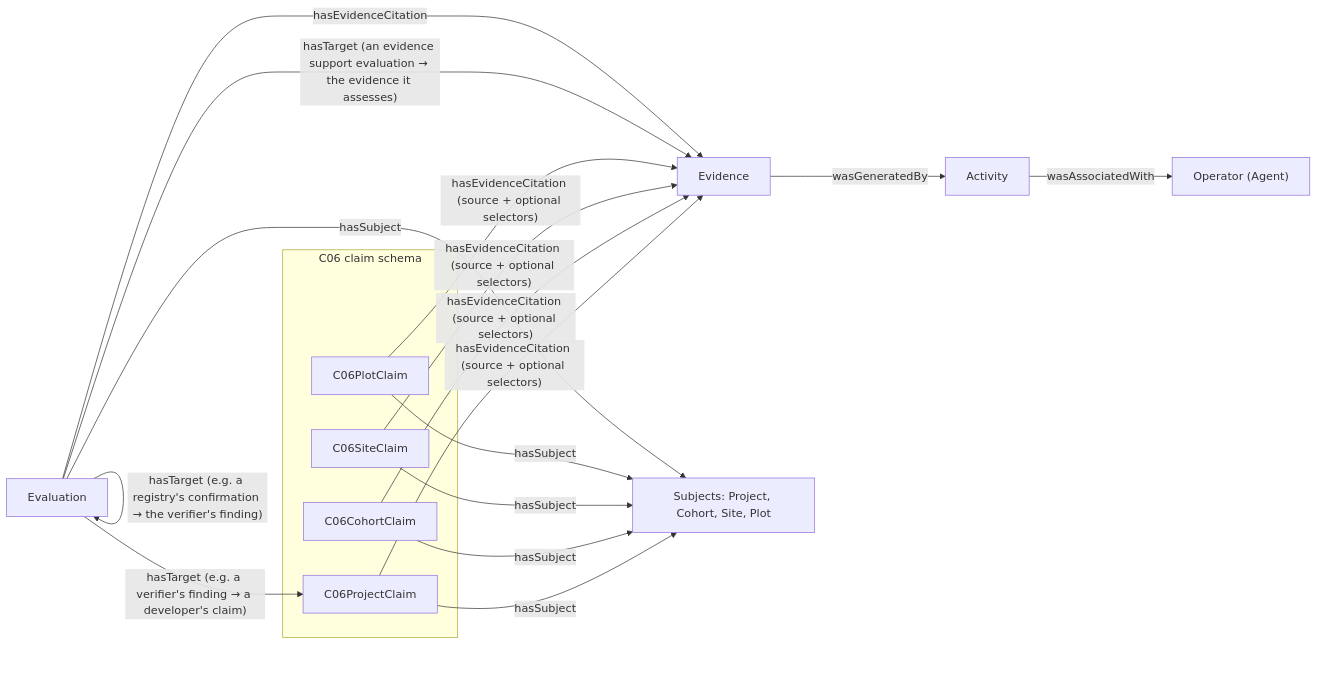
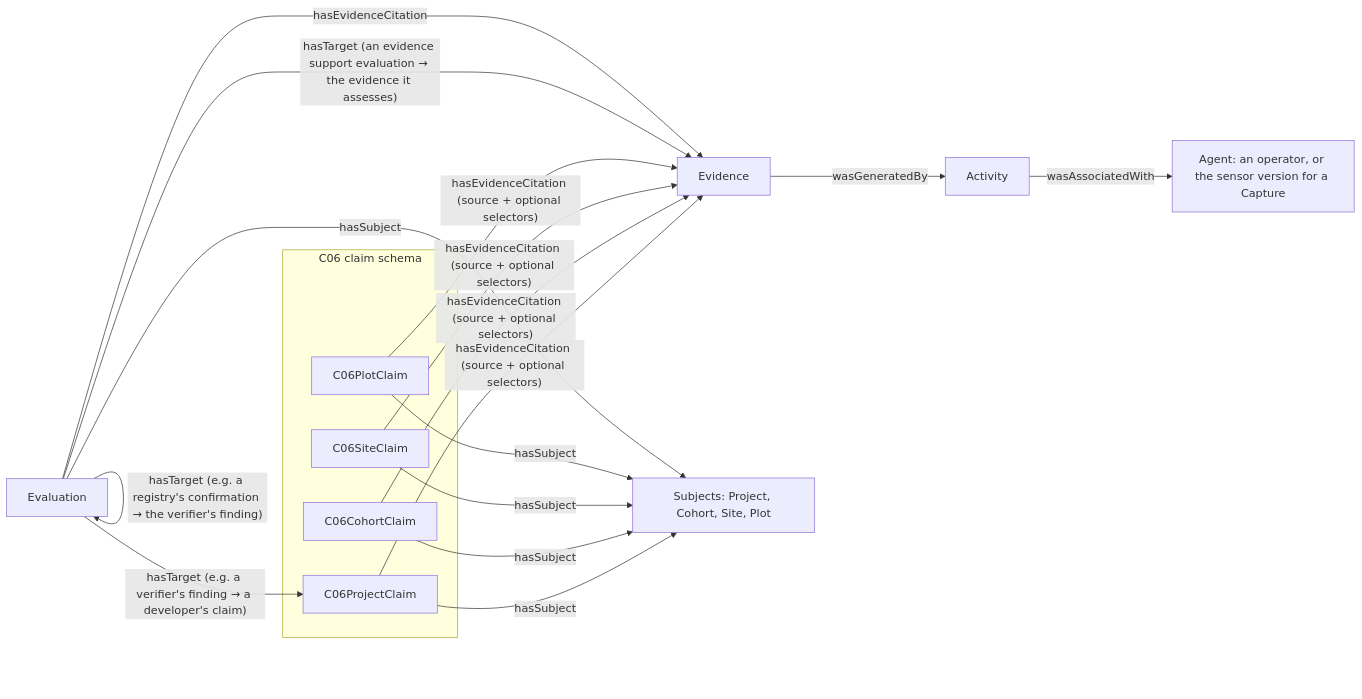
Before and after one commit to regen-network/regen-data-standards: the first of 2 diagrams in docs/evaluation-and-evidence.md, drawn with Mermaid. The commit also changed other lines of this file and 24 other files, not shown here.

First line of the commit message:
feat(schema): name the sensor version that ran a Capture (#95)

````diff
--- a/docs/evaluation-and-evidence.md
+++ b/docs/evaluation-and-evidence.md
@@ -19,24 +19,24 @@
 ```mermaid
 flowchart LR
     subgraph C06["C06 claim schema"]
       PC[C06ProjectClaim]
       CC[C06CohortClaim]
       SC[C06SiteClaim]
       PLC[C06PlotClaim]
     end
     A[Evaluation]
     E[Evidence]
     ACT[Activity]
-    OP["Operator (Agent)"]
+    OP["Agent: an operator, or the sensor version for a Capture"]
     S["Subjects: Project, Cohort, Site, Plot"]
 
     PC & CC & SC & PLC -- hasSubject --> S
     PC & CC & SC & PLC -- "hasEvidenceCitation (source + optional selectors)" --> E
     A -- "hasTarget (e.g. a verifier's finding → a developer's claim)" --> PC
     A -- "hasTarget (e.g. a registry's confirmation → the verifier's finding)" --> A
     A -- "hasTarget (an evidence support evaluation → the evidence it assesses)" --> E
     A -- hasSubject --> S
     A -- hasEvidenceCitation --> E
     E -- wasGeneratedBy --> ACT
     ACT -- wasAssociatedWith --> OP
 ```
````
